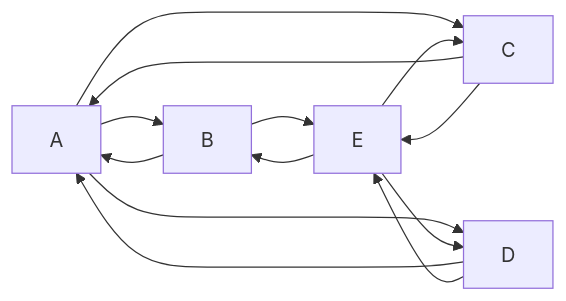
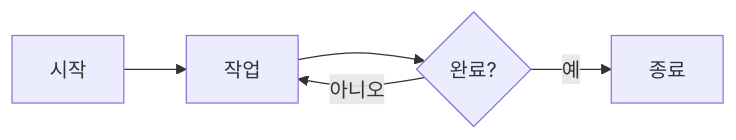
Before and after one commit to kimybins2/261112_first: the diagram in README.md, drawn with Mermaid. The commit also changed other lines of this file, not shown here.

````diff
--- a/README.md
+++ b/README.md
@@ -71,8 +477,7 @@
 ```mermaid
-graph LR;
-    A--> B & C & D
-    B--> A & E
-    C--> A & E
-    D--> A & E
-    E--> B & C & D
+flowchart LR
+    A[시작] --> B[작업]
+    B --> C{완료?}
+    C -->|예| D[종료]
+    C -->|아니오| B
 ```
````
